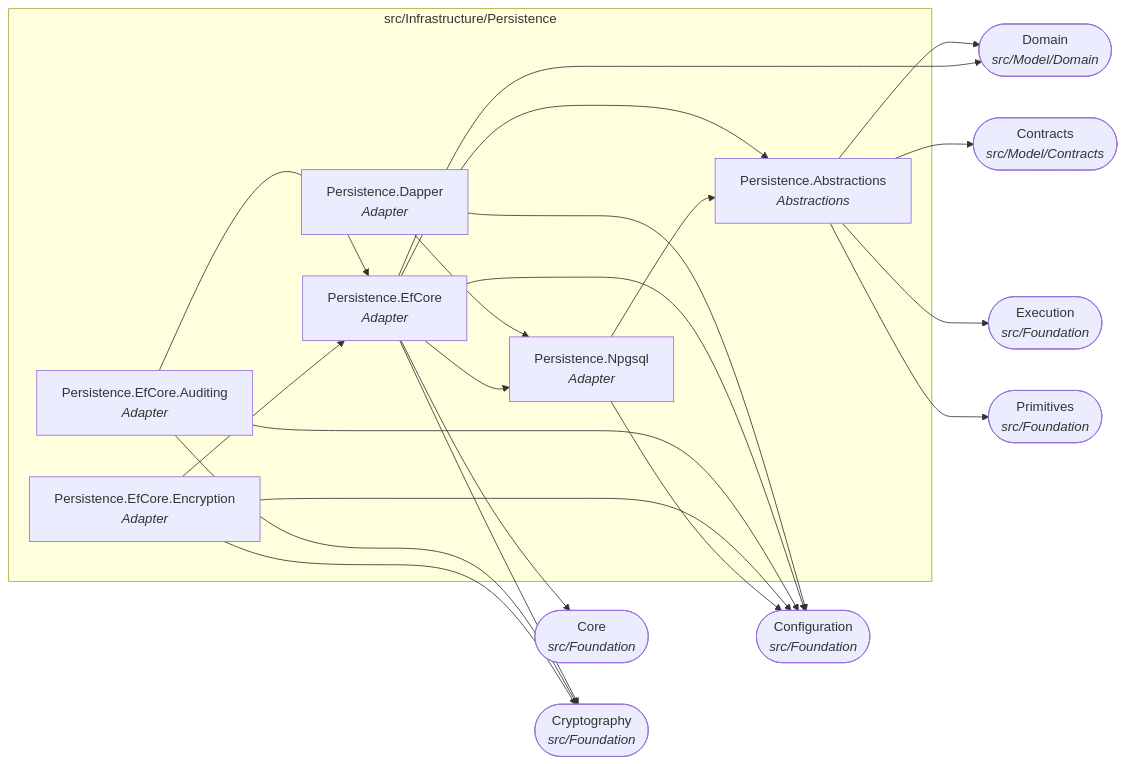
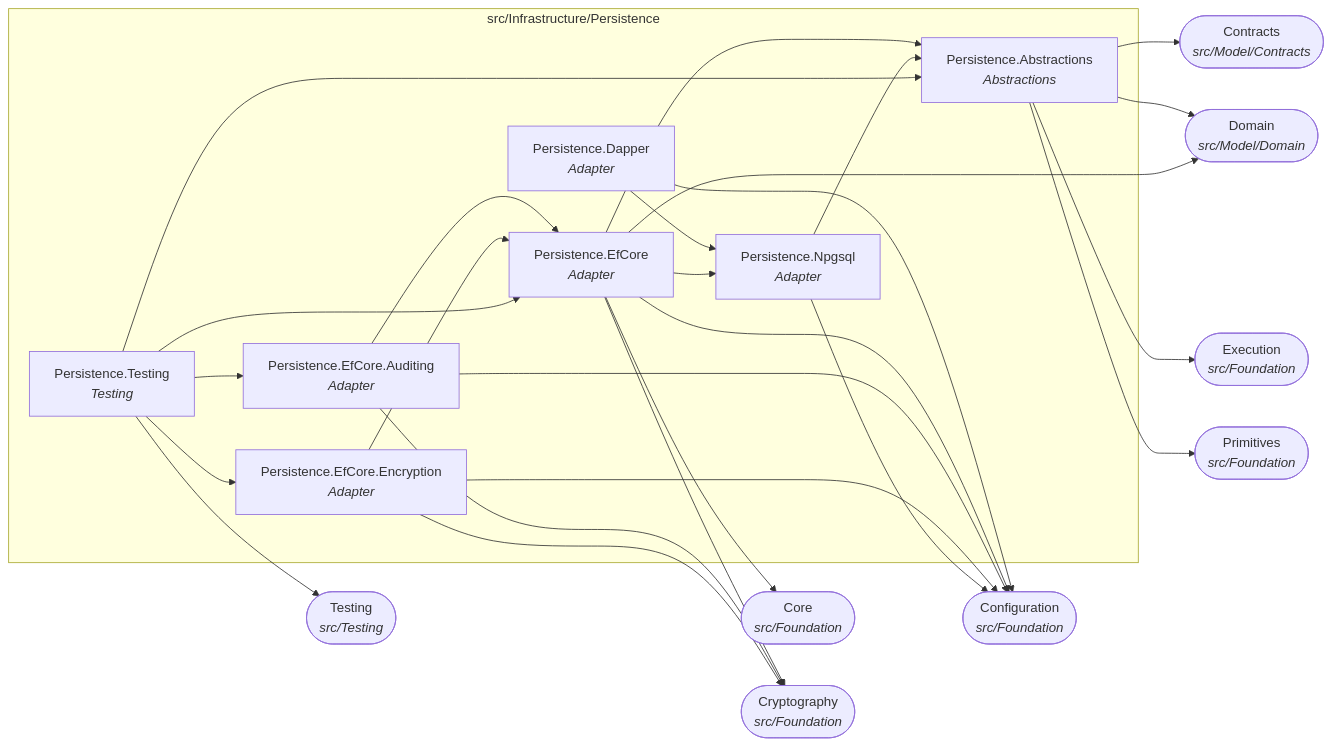
Before and after one commit to Gresta-Vertex-Labs/platform-shared-kernel: diagram 13 of 22 in docs/dependency-graph.md, drawn with Mermaid. The commit also changed other lines of this file and 508 other files, not shown here.

````diff
--- a/docs/dependency-graph.md
+++ b/docs/dependency-graph.md
@@ -448,38 +481,45 @@
 ```mermaid
 flowchart LR
   subgraph folder_src_Infrastructure_Persistence["src/Infrastructure/Persistence"]
     SharedKernel_Persistence_Abstractions["Persistence.Abstractions<br/><i>Abstractions</i>"]
     SharedKernel_Persistence_Dapper["Persistence.Dapper<br/><i>Adapter</i>"]
     SharedKernel_Persistence_EfCore["Persistence.EfCore<br/><i>Adapter</i>"]
     SharedKernel_Persistence_EfCore_Auditing["Persistence.EfCore.Auditing<br/><i>Adapter</i>"]
     SharedKernel_Persistence_EfCore_Encryption["Persistence.EfCore.Encryption<br/><i>Adapter</i>"]
     SharedKernel_Persistence_Npgsql["Persistence.Npgsql<br/><i>Adapter</i>"]
+    SharedKernel_Persistence_Testing["Persistence.Testing<br/><i>Testing</i>"]
   end
   SharedKernel_Configuration(["Configuration<br/><i>src/Foundation</i>"])
   SharedKernel_Contracts(["Contracts<br/><i>src/Model/Contracts</i>"])
   SharedKernel_Core(["Core<br/><i>src/Foundation</i>"])
   SharedKernel_Cryptography(["Cryptography<br/><i>src/Foundation</i>"])
   SharedKernel_Domain(["Domain<br/><i>src/Model/Domain</i>"])
   SharedKernel_Execution(["Execution<br/><i>src/Foundation</i>"])
   SharedKernel_Primitives(["Primitives<br/><i>src/Foundation</i>"])
+  SharedKernel_Testing(["Testing<br/><i>src/Testing</i>"])
   SharedKernel_Persistence_Abstractions --> SharedKernel_Contracts
   SharedKernel_Persistence_Abstractions --> SharedKernel_Domain
   SharedKernel_Persistence_Abstractions --> SharedKernel_Execution
   SharedKernel_Persistence_Abstractions --> SharedKernel_Primitives
   SharedKernel_Persistence_Dapper --> SharedKernel_Configuration
   SharedKernel_Persistence_Dapper --> SharedKernel_Persistence_Npgsql
   SharedKernel_Persistence_EfCore --> SharedKernel_Configuration
   SharedKernel_Persistence_EfCore --> SharedKernel_Core
   SharedKernel_Persistence_EfCore --> SharedKernel_Cryptography
   SharedKernel_Persistence_EfCore --> SharedKernel_Domain
   SharedKernel_Persistence_EfCore --> SharedKernel_Persistence_Abstractions
   SharedKernel_Persistence_EfCore --> SharedKernel_Persistence_Npgsql
   SharedKernel_Persistence_EfCore_Auditing --> SharedKernel_Configuration
   SharedKernel_Persistence_EfCore_Auditing --> SharedKernel_Cryptography
   SharedKernel_Persistence_EfCore_Auditing --> SharedKernel_Persistence_EfCore
   SharedKernel_Persistence_EfCore_Encryption --> SharedKernel_Configuration
   SharedKernel_Persistence_EfCore_Encryption --> SharedKernel_Cryptography
   SharedKernel_Persistence_EfCore_Encryption --> SharedKernel_Persistence_EfCore
   SharedKernel_Persistence_Npgsql --> SharedKernel_Configuration
   SharedKernel_Persistence_Npgsql --> SharedKernel_Persistence_Abstractions
+  SharedKernel_Persistence_Testing --> SharedKernel_Persistence_Abstractions
+  SharedKernel_Persistence_Testing --> SharedKernel_Persistence_EfCore
+  SharedKernel_Persistence_Testing --> SharedKernel_Persistence_EfCore_Auditing
+  SharedKernel_Persistence_Testing --> SharedKernel_Persistence_EfCore_Encryption
+  SharedKernel_Persistence_Testing --> SharedKernel_Testing
 ```
````
